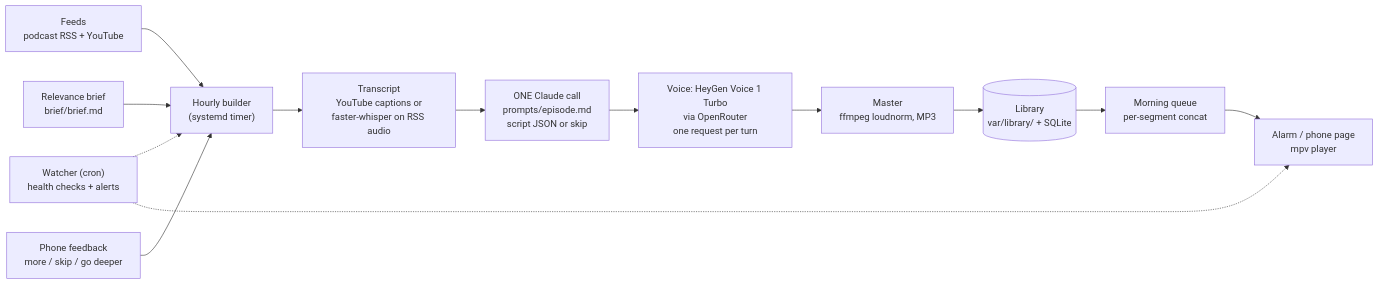
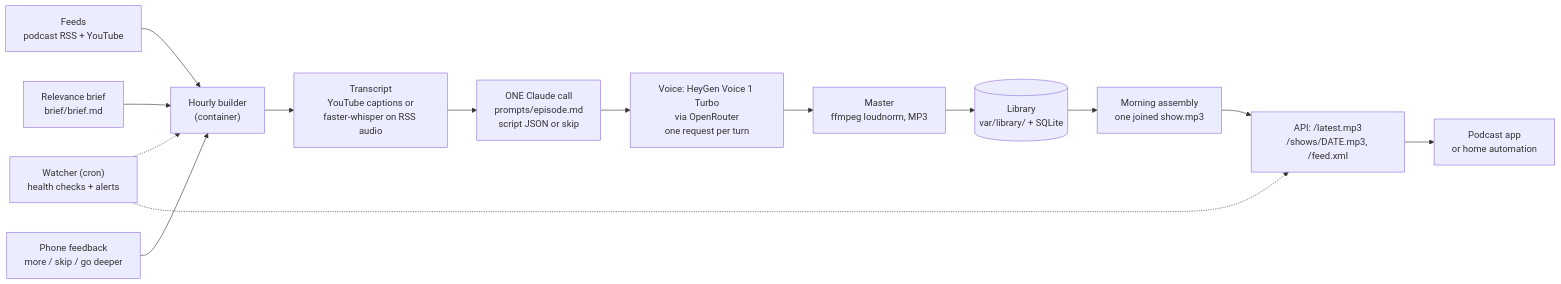
Before and after one commit to HerdingAI/daily-brief: the diagram in README.md, drawn with Mermaid. The commit also changed other lines of this file, not shown here.

Commit message:
README: one MP3 and a podcast feed, Docker quick start

````diff
--- a/README.md
+++ b/README.md
@@ -23,15 +24,16 @@
 ```mermaid
 flowchart LR
-    F["Feeds<br/>podcast RSS + YouTube"] --> B["Hourly builder<br/>(systemd timer)"]
+    F["Feeds<br/>podcast RSS + YouTube"] --> B["Hourly builder<br/>(container)"]
     B --> T["Transcript<br/>YouTube captions or<br/>faster-whisper on RSS audio"]
     T --> C["ONE Claude call<br/>prompts/episode.md<br/>script JSON or skip"]
     C --> V["Voice: HeyGen Voice 1 Turbo<br/>via OpenRouter<br/>one request per turn"]
     V --> M["Master<br/>ffmpeg loudnorm, MP3"]
     M --> L[("Library<br/>var/library/ + SQLite")]
-    L --> Q["Morning queue<br/>per-segment concat"]
-    Q --> A["Alarm / phone page<br/>mpv player"]
+    L --> Q["Morning assembly<br/>one joined show.mp3"]
+    Q --> A["API: /latest.mp3<br/>/shows/DATE.mp3, /feed.xml"]
+    A --> S["Podcast app<br/>or home automation"]
     W["Watcher (cron)<br/>health checks + alerts"] -.-> B
     W -.-> A
     P["Relevance brief<br/>brief/brief.md"] --> B
     FB["Phone feedback<br/>more / skip / go deeper"] --> B
 ```
````
